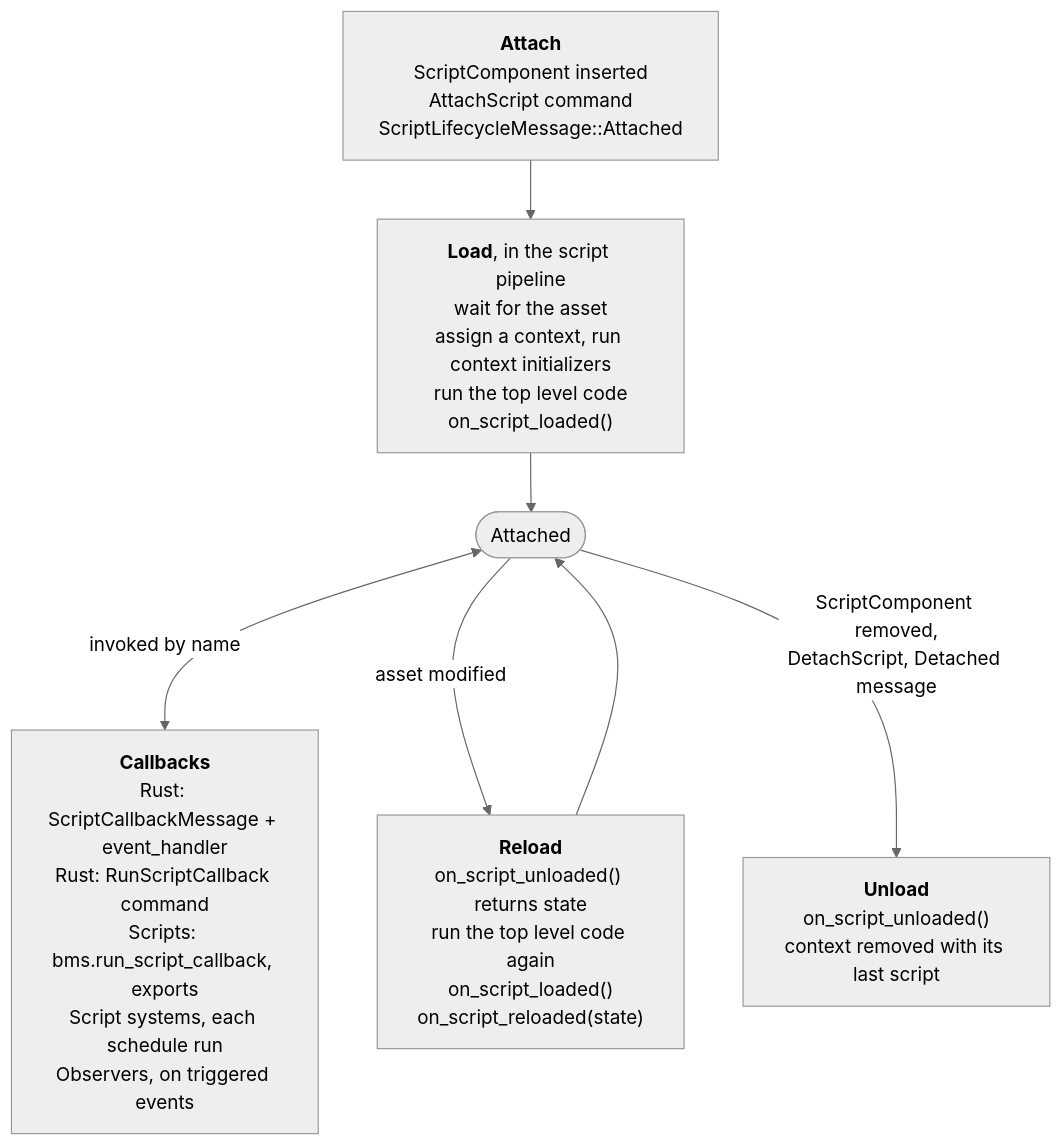
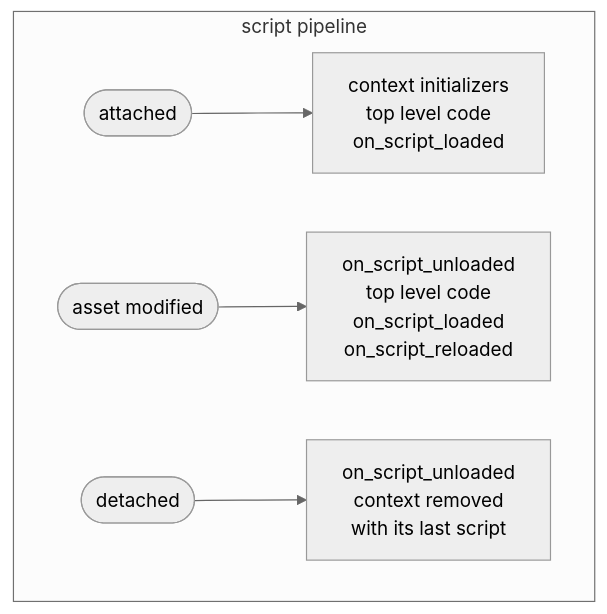
The second of 2 diagrams in docs/src/introduction.md (makspll/bevy_mod_scripting), drawn with Mermaid (neutral theme) before and after one commit. The commit also changed other lines of this file and 3 other files, not shown here.

First line of the commit message:
docs: split the lifecycle diagram, fix doc example tests

````diff
--- a/docs/src/introduction.md
+++ b/docs/src/introduction.md
@@ -25,10 +43,9 @@
 ```mermaid
-flowchart TD
-    ATTACH["<b>Attach</b><br/>ScriptComponent inserted<br/>AttachScript command<br/>ScriptLifecycleMessage::Attached"]
-    ATTACH --> LOAD["<b>Load</b>, in the script pipeline<br/>wait for the asset<br/>assign a context, run context initializers<br/>run the top level code<br/>on_script_loaded()"]
-    LOAD --> LIVE(["Attached"])
-    LIVE <-- "invoked by name" --> CB["<b>Callbacks</b><br/>Rust: ScriptCallbackMessage + event_handler<br/>Rust: RunScriptCallback command<br/>Scripts: bms.run_script_callback, exports<br/>Script systems, each schedule run<br/>Observers, on triggered events"]
-    LIVE -- "asset modified" --> RELOAD["<b>Reload</b><br/>on_script_unloaded() returns state<br/>run the top level code again<br/>on_script_loaded()<br/>on_script_reloaded(state)"]
-    RELOAD --> LIVE
-    LIVE -- "ScriptComponent removed,<br/>DetachScript, Detached message" --> UNLOAD["<b>Unload</b><br/>on_script_unloaded()<br/>context removed with its last script"]
+flowchart LR
+    subgraph PRE ["script pipeline"]
+        direction LR
+        A(["attached"]) --> L["context initializers<br/>top level code<br/>on_script_loaded"]
+        M(["asset modified"]) --> R["on_script_unloaded<br/>top level code<br/>on_script_loaded<br/>on_script_reloaded"]
+        D(["detached"]) --> U["on_script_unloaded<br/>context removed<br/>with its last script"]
+    end
 ```
````
